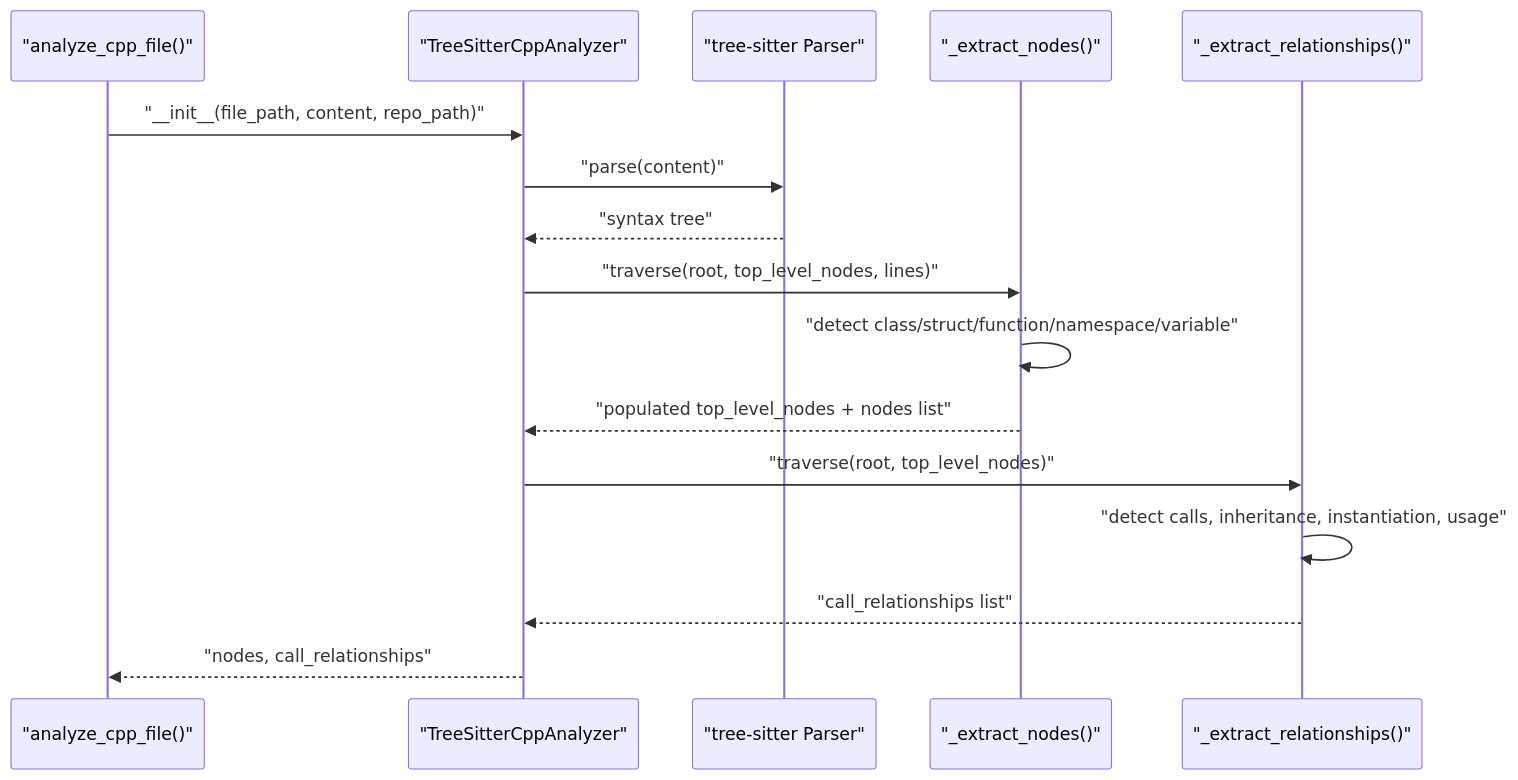
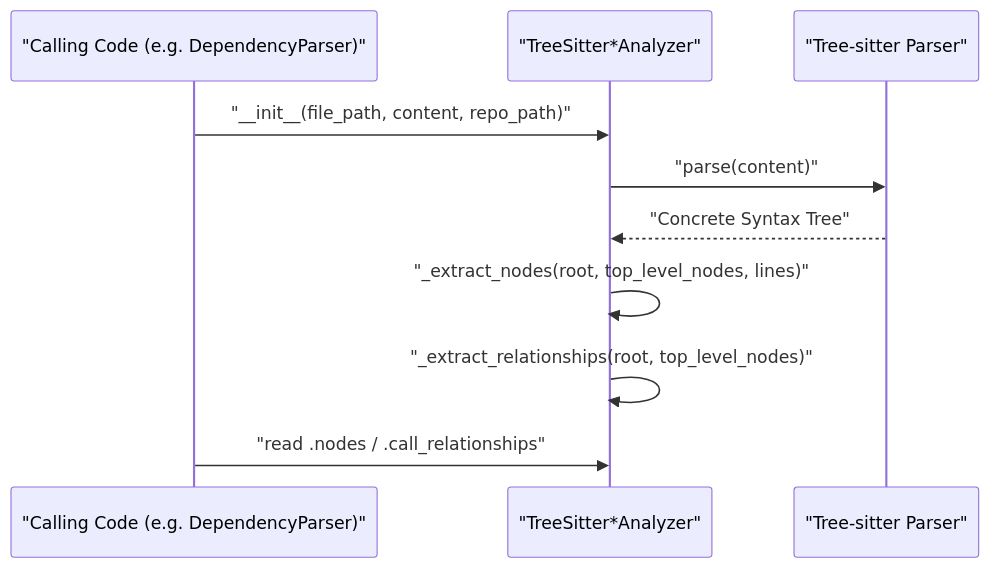
The diagram in docs/diagrams/architecture/c_family_analyzers-2.mmd (flamingo-stack/CodeWiki), drawn with Mermaid before and after one commit. The commit also changed 275 other files, not shown here.

```diff
--- a/docs/diagrams/architecture/c_family_analyzers-2.mmd
+++ b/docs/diagrams/architecture/c_family_analyzers-2.mmd
@@ -1,17 +1,11 @@
 sequenceDiagram
-    participant Caller as "analyze_cpp_file()"
-    participant Analyzer as "TreeSitterCppAnalyzer"
-    participant TS as "tree-sitter Parser"
-    participant Pass1 as "_extract_nodes()"
-    participant Pass2 as "_extract_relationships()"
+    participant Caller as "Calling Code (e.g. DependencyParser)"
+    participant Analyzer as "TreeSitter*Analyzer"
+    participant TS as "Tree-sitter Parser"
 
     Caller->>Analyzer: "__init__(file_path, content, repo_path)"
     Analyzer->>TS: "parse(content)"
-    TS-->>Analyzer: "syntax tree"
-    Analyzer->>Pass1: "traverse(root, top_level_nodes, lines)"
-    Pass1->>Pass1: "detect class/struct/function/namespace/variable"
-    Pass1-->>Analyzer: "populated top_level_nodes + nodes list"
-    Analyzer->>Pass2: "traverse(root, top_level_nodes)"
-    Pass2->>Pass2: "detect calls, inheritance, instantiation, usage"
-    Pass2-->>Analyzer: "call_relationships list"
-    Analyzer-->>Caller: "nodes, call_relationships"
+    TS-->>Analyzer: "Concrete Syntax Tree"
+    Analyzer->>Analyzer: "_extract_nodes(root, top_level_nodes, lines)"
+    Analyzer->>Analyzer: "_extract_relationships(root, top_level_nodes)"
+    Caller->>Analyzer: "read .nodes / .call_relationships"
```
